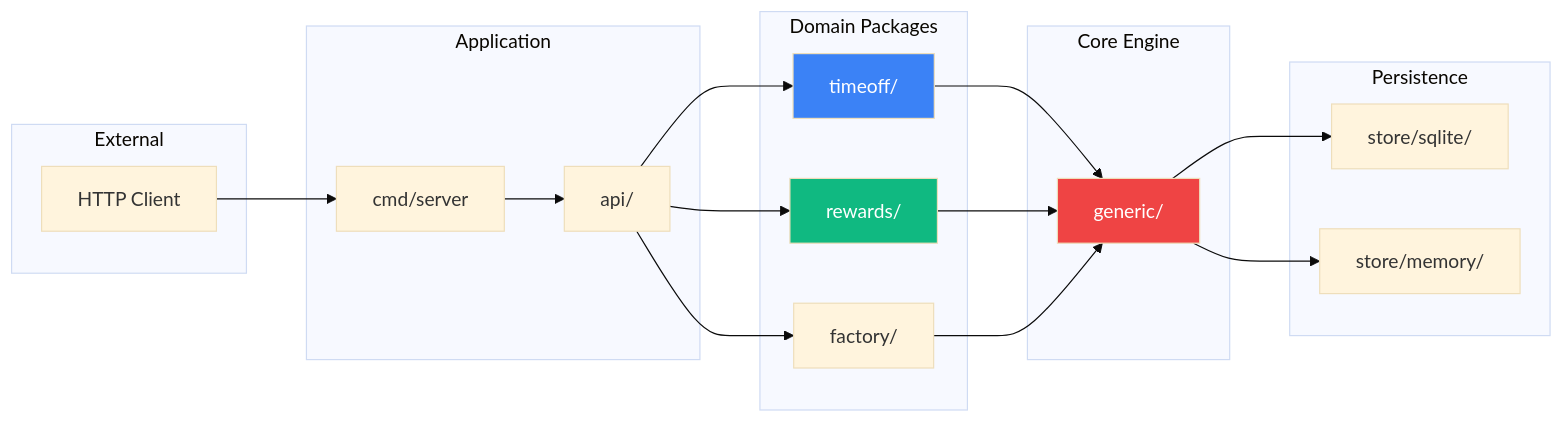
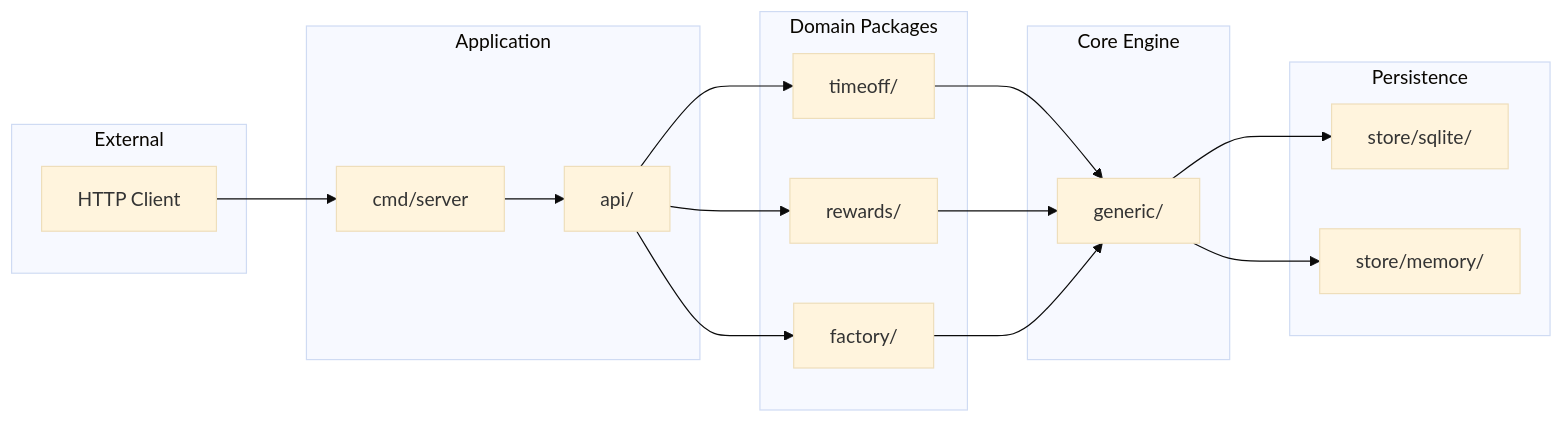
One commit to AntoineToussaint/timeoff changed the fourth of 22 diagrams in README.md. Above: the diagram before and after it, drawn with Mermaid (base theme). The commit also changed other lines of this file, not shown here.

First line of the commit message:
Fix Mermaid diagrams for GitHub rendering

````diff
--- a/README.md
+++ b/README.md
@@ -214,41 +203,38 @@
 ```mermaid
 graph LR
     subgraph External["External"]
         HTTP[HTTP Client]
     end
     
     subgraph App["Application"]
         CMD[cmd/server]
         API_PKG[api/]
     end
     
     subgraph Domain["Domain Packages"]
         TO_PKG[timeoff/]
         RW_PKG[rewards/]
         FACTORY[factory/]
     end
     
     subgraph Core["Core Engine"]
         GENERIC[generic/]
     end
     
     subgraph Persistence["Persistence"]
         SQLITE_PKG[store/sqlite/]
         MEM_PKG[store/memory/]
     end
     
     HTTP --> CMD
     CMD --> API_PKG
     API_PKG --> TO_PKG
     API_PKG --> RW_PKG
     API_PKG --> FACTORY
     TO_PKG --> GENERIC
     RW_PKG --> GENERIC
     FACTORY --> GENERIC
     GENERIC --> SQLITE_PKG
     GENERIC --> MEM_PKG
     
-    style GENERIC fill:#ef4444,color:#fff
-    style TO_PKG fill:#3b82f6,color:#fff
-    style RW_PKG fill:#10b981,color:#fff
 ```
````
